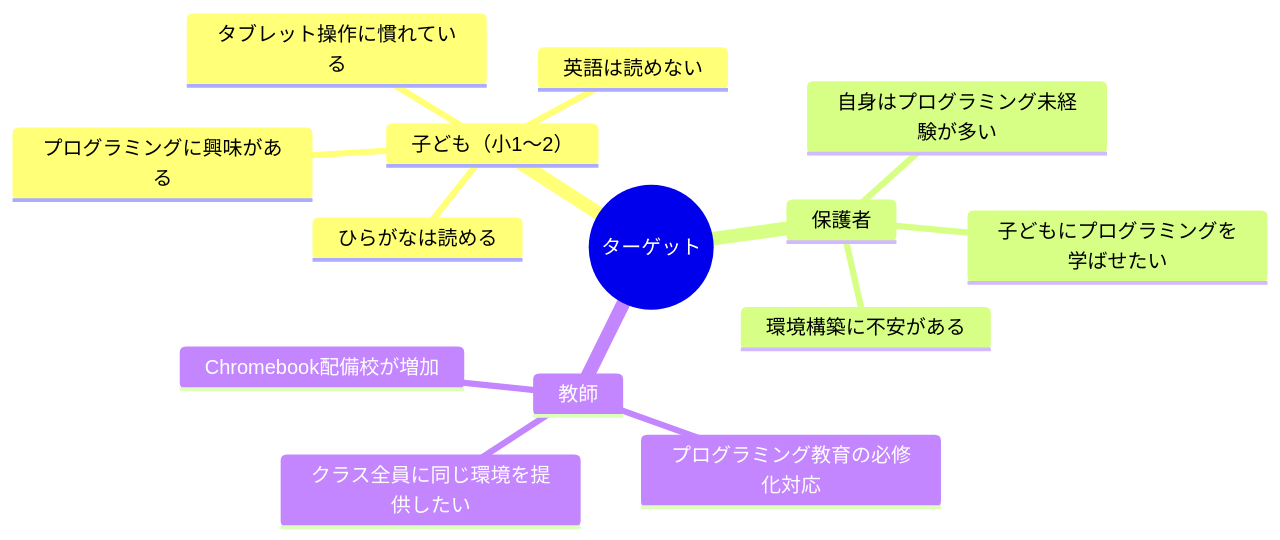
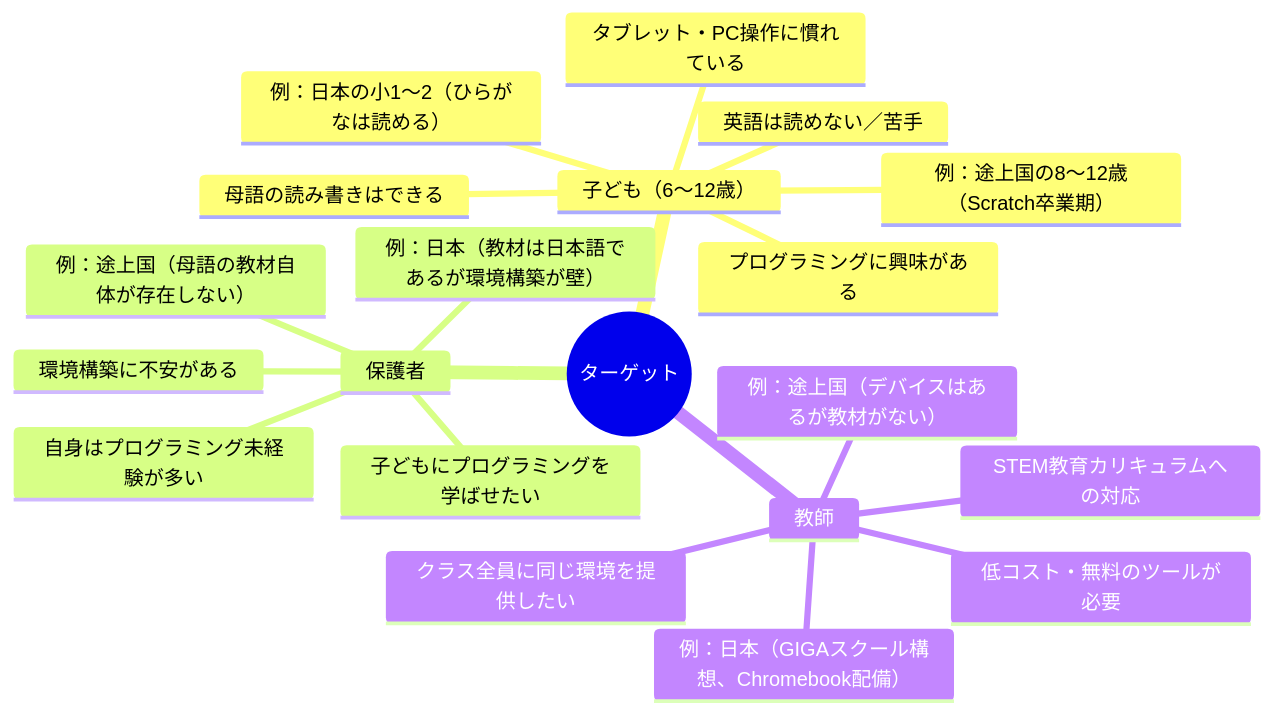
Before and after one commit to tatsuro-ueda/kids-python: the first of 17 diagrams in docs/customer-problems.md, drawn with Mermaid. The commit also changed other lines of this file and 1 other file, not shown here.

````diff
--- a/docs/customer-problems.md
+++ b/docs/customer-problems.md
@@ -7,17 +7,23 @@
 ```mermaid
 mindmap
   root((ターゲット))
-    子ども（小1〜2）
+    子ども（6〜12歳）
       プログラミングに興味がある
-      ひらがなは読める
-      英語は読めない
-      タブレット操作に慣れている
+      母語の読み書きはできる
+      英語は読めない／苦手
+      タブレット・PC操作に慣れている
+      例：日本の小1〜2（ひらがなは読める）
+      例：途上国の8〜12歳（Scratch卒業期）
     保護者
       子どもにプログラミングを学ばせたい
       自身はプログラミング未経験が多い
       環境構築に不安がある
+      例：日本（教材は日本語であるが環境構築が壁）
+      例：途上国（母語の教材自体が存在しない）
     教師
-      プログラミング教育の必修化対応
+      STEM教育カリキュラムへの対応
       クラス全員に同じ環境を提供したい
-      Chromebook配備校が増加
+      低コスト・無料のツールが必要
+      例：日本（GIGAスクール構想、Chromebook配備）
+      例：途上国（デバイスはあるが教材がない）
 ```
````
